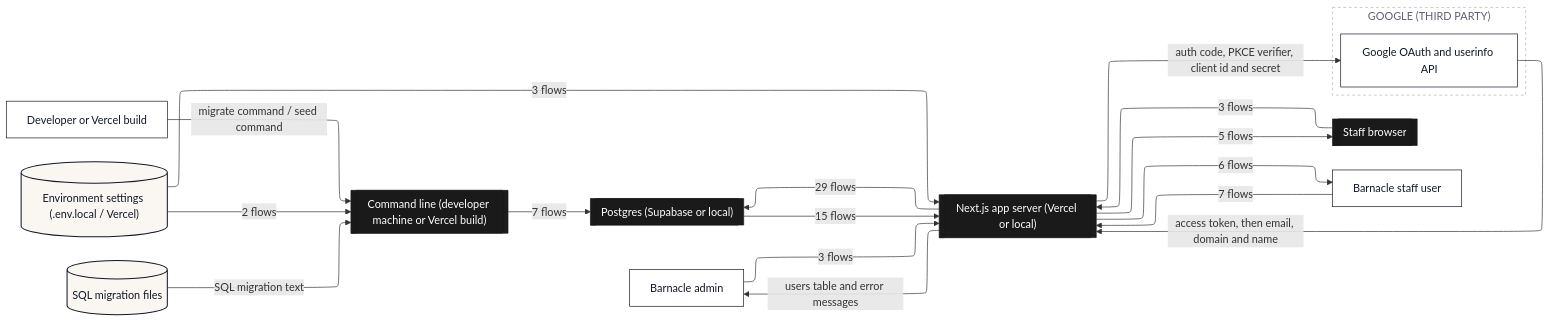
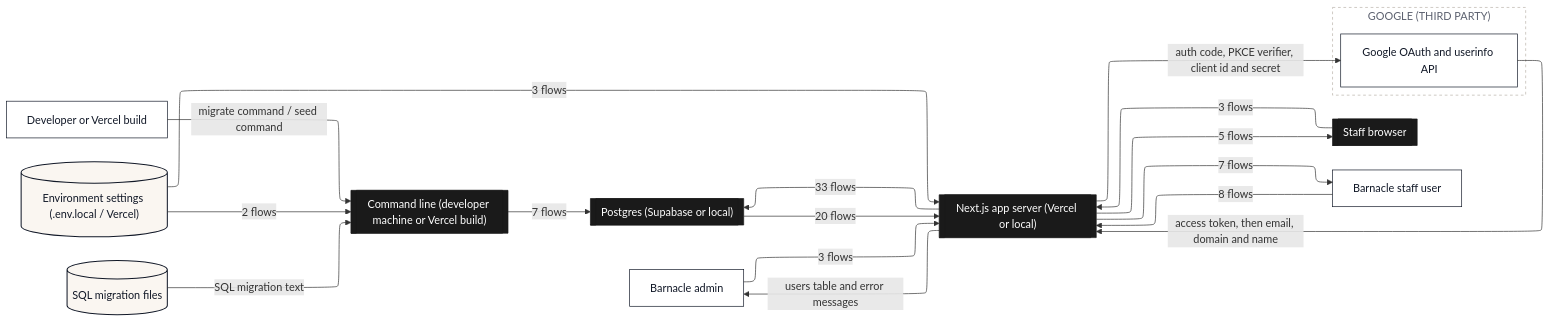
Before and after one commit to Romain-Perche/Barnacle-Pipe: the second of 10 diagrams in dataflow/DATAFLOW.md, drawn with Mermaid. The commit also changed other lines of this file and 7 other files, not shown here.

````diff
--- a/dataflow/DATAFLOW.md
+++ b/dataflow/DATAFLOW.md
@@ -91,44 +91,44 @@
 ```mermaid
 ---
 config:
   layout: elk
 ---
 flowchart LR
     n1[["Next.js app server (Vercel or local)"]]
     n2[["Staff browser"]]
     n3[["Command line (developer machine or Vercel build)"]]
     n4[["Postgres (Supabase or local)"]]
     n5["Barnacle admin"]
     n6["Developer or Vercel build"]
     n7[("Environment settings (.env.local / Vercel)")]
     n8[("SQL migration files")]
     n9["Barnacle staff user"]
     subgraph z1["GOOGLE (THIRD PARTY)"]
         n10["Google OAuth and userinfo API"]
     end
     n5 -->|"3 flows"| n1
-    n1 -->|"6 flows"| n9
+    n1 -->|"7 flows"| n9
     n2 -->|"3 flows"| n1
-    n1 -->|"29 flows"| n4
-    n4 -->|"15 flows"| n1
+    n1 -->|"33 flows"| n4
+    n4 -->|"20 flows"| n1
     n6 -->|"migrate command / seed command"| n3
     n7 -->|"3 flows"| n1
     n7 -->|"2 flows"| n3
     n1 -->|"5 flows"| n2
     n1 -->|"auth code, PKCE verifier, client id and secret"| n10
     n10 -->|"access token, then email, domain and name"| n1
     n3 -->|"7 flows"| n4
     n8 -->|"SQL migration text"| n3
-    n9 -->|"7 flows"| n1
+    n9 -->|"8 flows"| n1
     n1 -->|"users table and error messages"| n5
     classDef actor fill:#FFFFFF,stroke:#111827,stroke-width:1px,color:#111827
     classDef process fill:#EDEAFF,stroke:#2B00FF,stroke-width:1.5px,color:#111827
     classDef store fill:#FAF6F1,stroke:#111827,stroke-width:1.5px,color:#111827
     classDef zone fill:#1A1A1A,stroke:#1A1A1A,color:#FFFFFF
     classDef group fill:#2B00FF,stroke:#2B00FF,color:#FFFFFF
     classDef stub fill:#FFFFFF,stroke:#2B00FF,stroke-width:1.5px,stroke-dasharray:5 4,color:#2B00FF
     class n5,n6,n9,n10 actor
     class n7,n8 store
     class n1,n2,n3,n4 zone
     style z1 fill:#FFFFFF,stroke:#B9B2A8,stroke-dasharray:4 4,color:#5D6270
 ```
````
